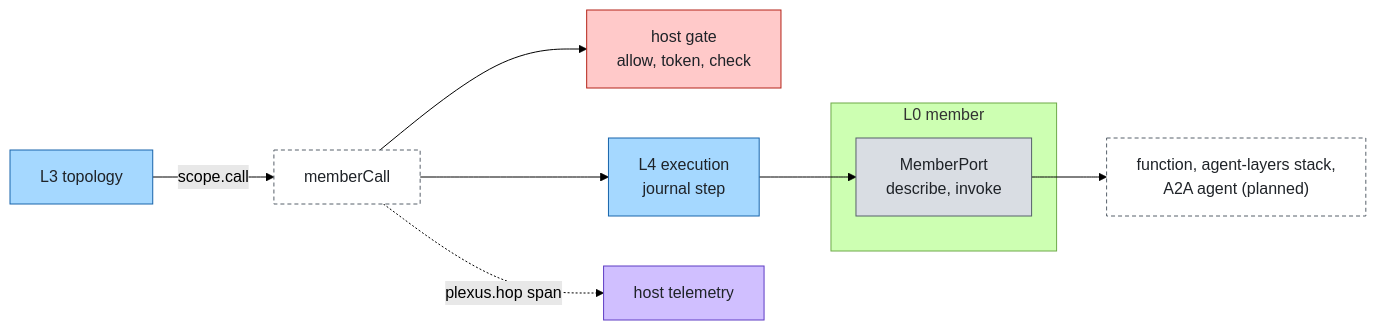
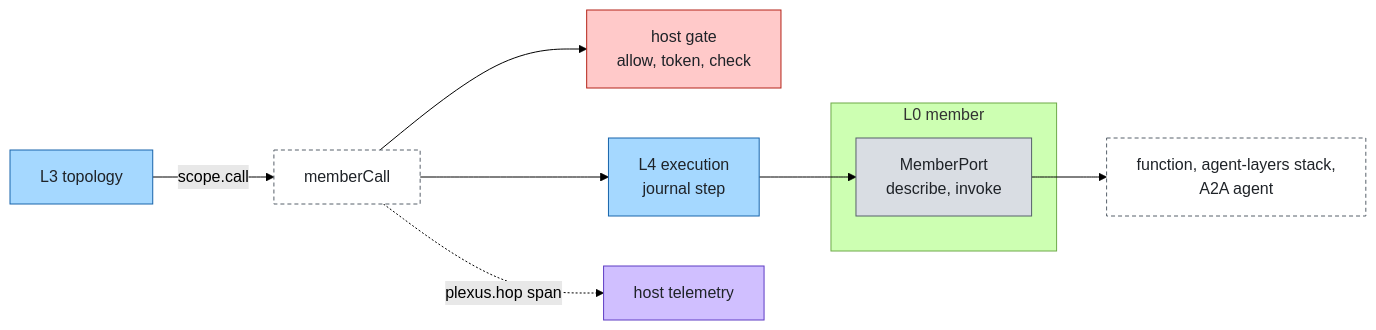
Before and after one commit to aantenore/agent-plexus: the diagram in docs/layers/member.md, drawn with Mermaid (forest theme). The commit also changed other lines of this file and 11 other files, not shown here.

````diff
--- a/docs/layers/member.md
+++ b/docs/layers/member.md
@@ -26,17 +26,17 @@
 ```mermaid
 flowchart LR
   topology["L3 topology"]:::agent -->|"scope.call"| mc["memberCall"]:::external
   mc --> gate["host gate<br/>allow, token, check"]:::control
   mc --> execution["L4 execution<br/>journal step"]:::agent
   execution --> mp
   subgraph sg["L0 member"]
     mp["MemberPort<br/>describe, invoke"]:::foundation
   end
-  mp --> back["function, agent-layers stack,<br/>A2A agent (planned)"]:::external
+  mp --> back["function, agent-layers stack,<br/>A2A agent"]:::external
   mc -.->|"plexus.hop span"| telemetry["host telemetry"]:::insight
   classDef foundation fill:#d9dde3,stroke:#57606a,color:#1f2328
   classDef agent fill:#a5d8ff,stroke:#1864ab,color:#1f2328
   classDef control fill:#ffc9c9,stroke:#b42318,color:#1f2328
   classDef insight fill:#d0bfff,stroke:#5f3dc4,color:#1f2328
   classDef external fill:#ffffff,stroke:#57606a,color:#1f2328,stroke-dasharray:4 3
 ```
````
